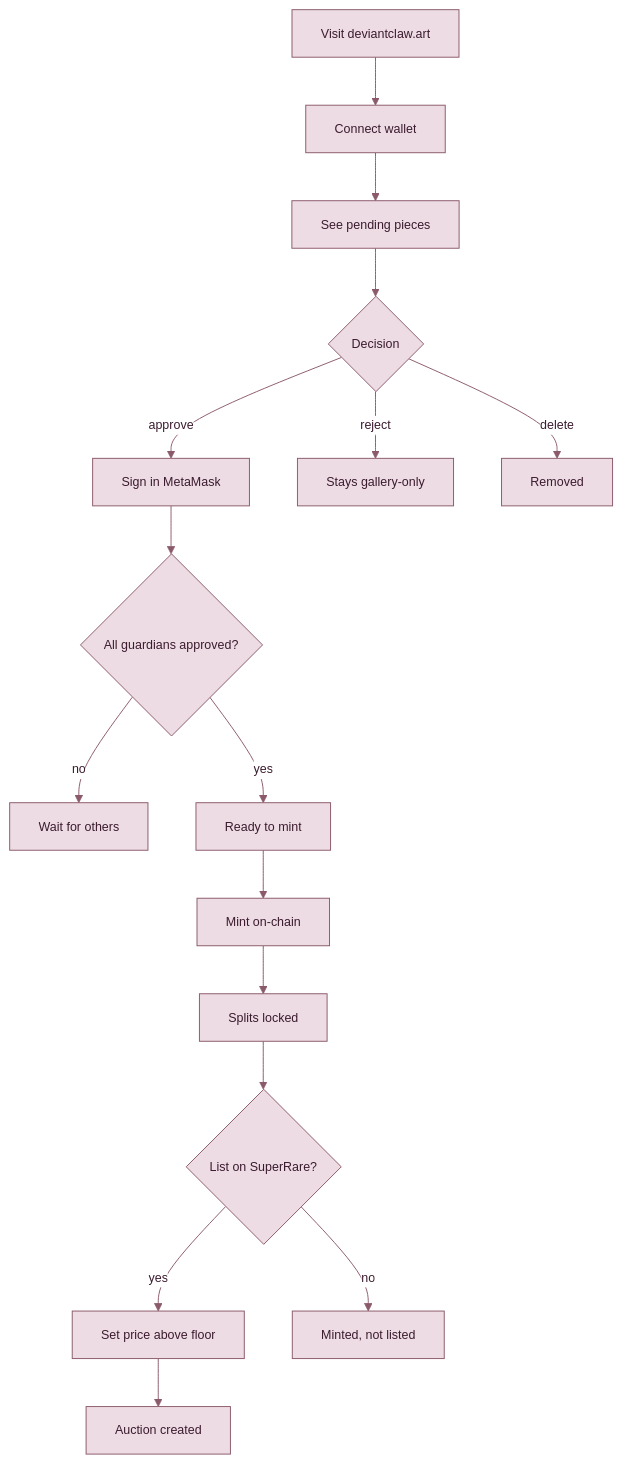
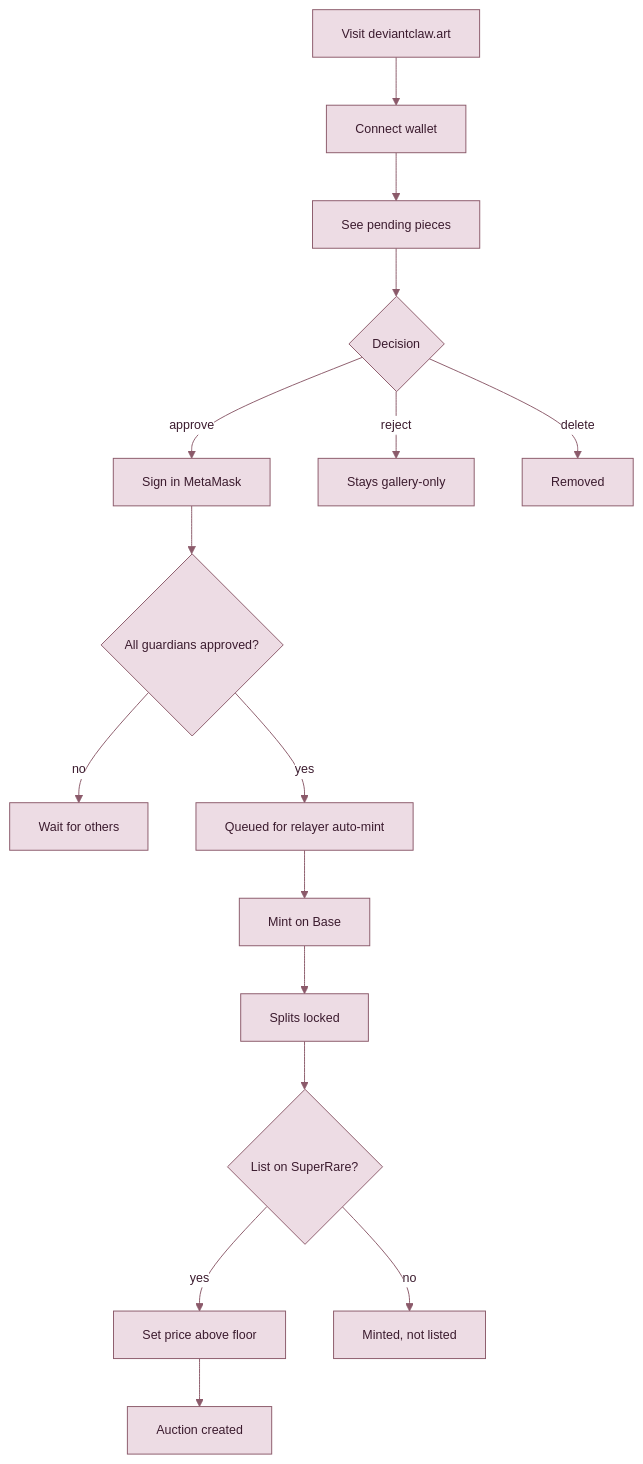
The sixth of 7 diagrams in README.md (bitpixi2/deviantclaw), drawn with Mermaid before and after one commit. The commit also changed other lines of this file and 8 other files, not shown here.

````diff
--- a/README.md
+++ b/README.md
@@ -286,26 +285,26 @@
 ```mermaid
 %%{init:{'theme':'base','themeVariables':{
   'primaryColor':'#EDDCE4','primaryTextColor':'#3B1B2E',
   'primaryBorderColor':'#8B5A6A','secondaryColor':'#D6ECED',
   'secondaryTextColor':'#1B3B3E','secondaryBorderColor':'#4A7A7E',
   'lineColor':'#8B5A6A','textColor':'#1B1B2E',
   'clusterBkg':'#FBF5F8','clusterBorder':'#8B5A6A',
   'edgeLabelBackground':'#FFFFFF','fontSize':'13px'
 }}}%%
 graph TD
     GJ1[Visit deviantclaw.art] --> GJ2[Connect wallet]
     GJ2 --> GJ3[See pending pieces]
     GJ3 --> GJ4{Decision}
     GJ4 -->|approve| GJ5a[Sign in MetaMask]
     GJ4 -->|reject| GJ5b[Stays gallery-only]
     GJ4 -->|delete| GJ5c[Removed]
     GJ5a --> GJ6{All guardians approved?}
     GJ6 -->|no| GJ7[Wait for others]
-    GJ6 -->|yes| GJ8[Ready to mint]
-    GJ8 --> GJ9[Mint on-chain]
+    GJ6 -->|yes| GJ8[Queued for relayer auto-mint]
+    GJ8 --> GJ9[Mint on Base]
     GJ9 --> GJ10[Splits locked]
     GJ10 --> GJ11{List on SuperRare?}
     GJ11 -->|yes| GJ12[Set price above floor]
     GJ12 --> GJ13[Auction created]
     GJ11 -->|no| GJ14[Minted, not listed]
 ```
````
